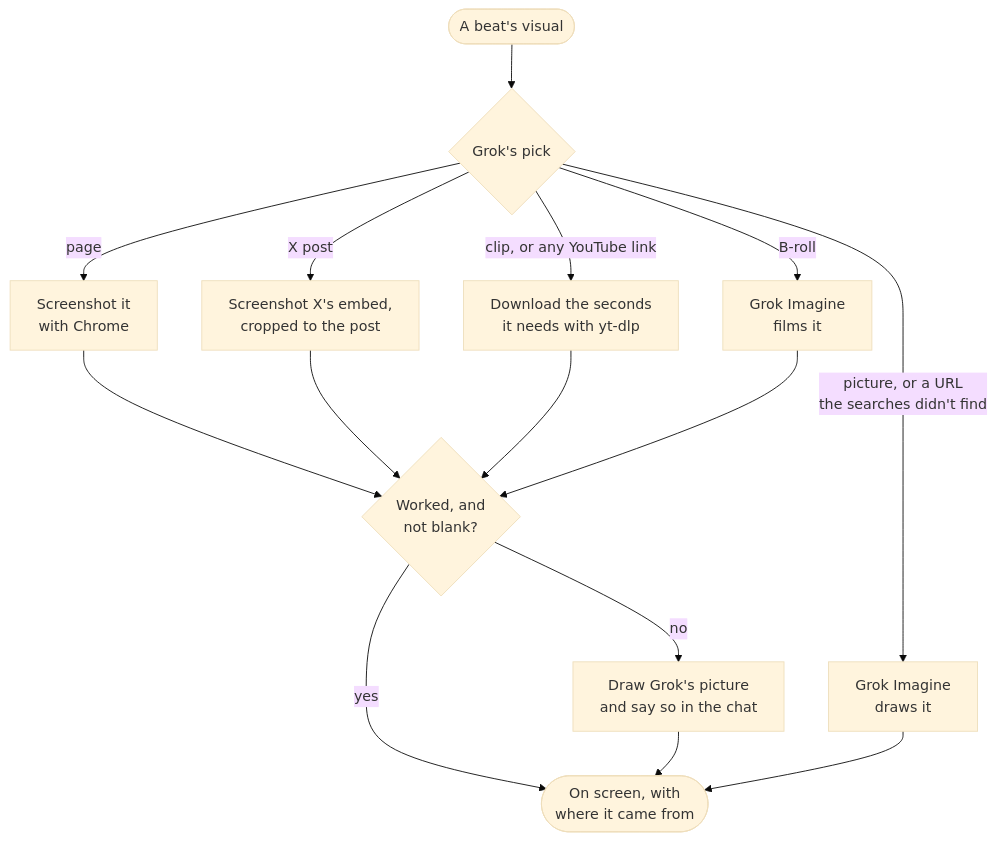
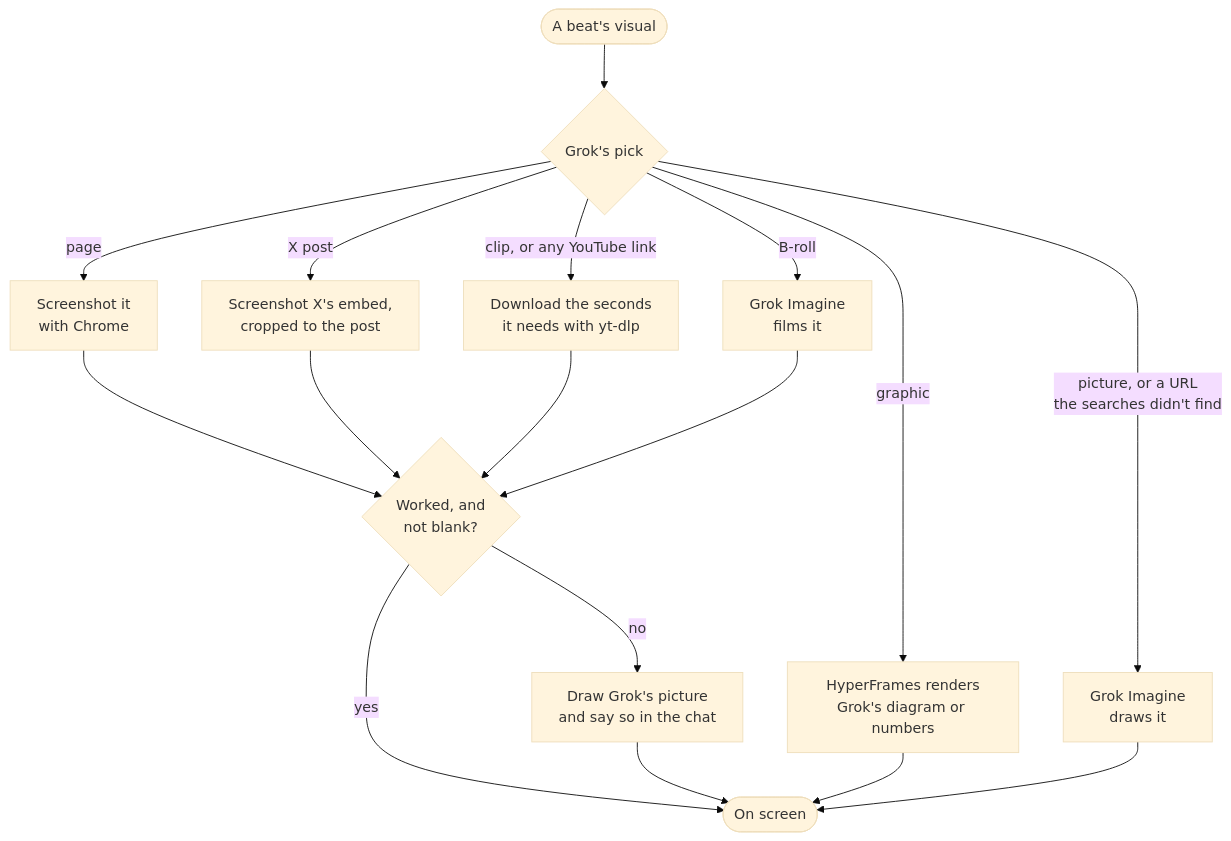
Before and after one commit to xai-org/xai-cookbook: the third of 6 diagrams in examples/grok-shorts/README.md, drawn with Mermaid (base theme). The commit also changed other lines of this file and 23 other files, not shown here.

First line of the commit message:
Make Grok Shorts videos look filmed by a person, with stitched clips, reactions, and motion graphics

````diff
--- a/examples/grok-shorts/README.md
+++ b/examples/grok-shorts/README.md
@@ -223,13 +226,15 @@
 ```mermaid
 flowchart TD
     beat(["A beat's visual"]) --> kind{"Grok's pick"}
     kind -->|page| page["Screenshot it<br/>with Chrome"]
     kind -->|X post| post["Screenshot X's embed,<br/>cropped to the post"]
     kind -->|"clip, or any YouTube link"| clip["Download the seconds<br/>it needs with yt-dlp"]
     kind -->|B-roll| broll["Grok Imagine<br/>films it"]
+    kind -->|graphic| graphic["HyperFrames renders<br/>Grok's diagram or numbers"]
     kind -->|"picture, or a URL<br/>the searches didn't find"| picture["Grok Imagine<br/>draws it"]
+    graphic --> shown
     page & post & clip & broll --> worked{"Worked, and<br/>not blank?"}
-    worked -->|yes| shown(["On screen, with<br/>where it came from"])
+    worked -->|yes| shown(["On screen"])
     worked -->|no| fallback["Draw Grok's picture<br/>and say so in the chat"]
     picture & fallback --> shown
 ```
````
